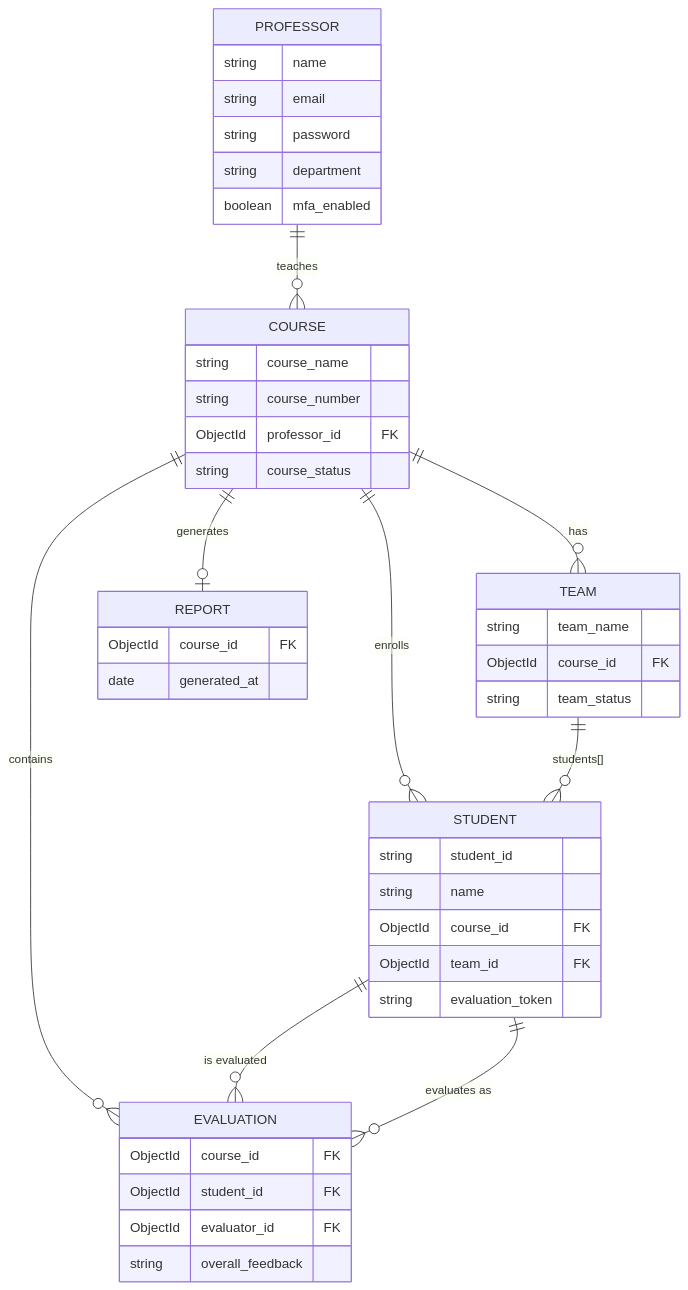
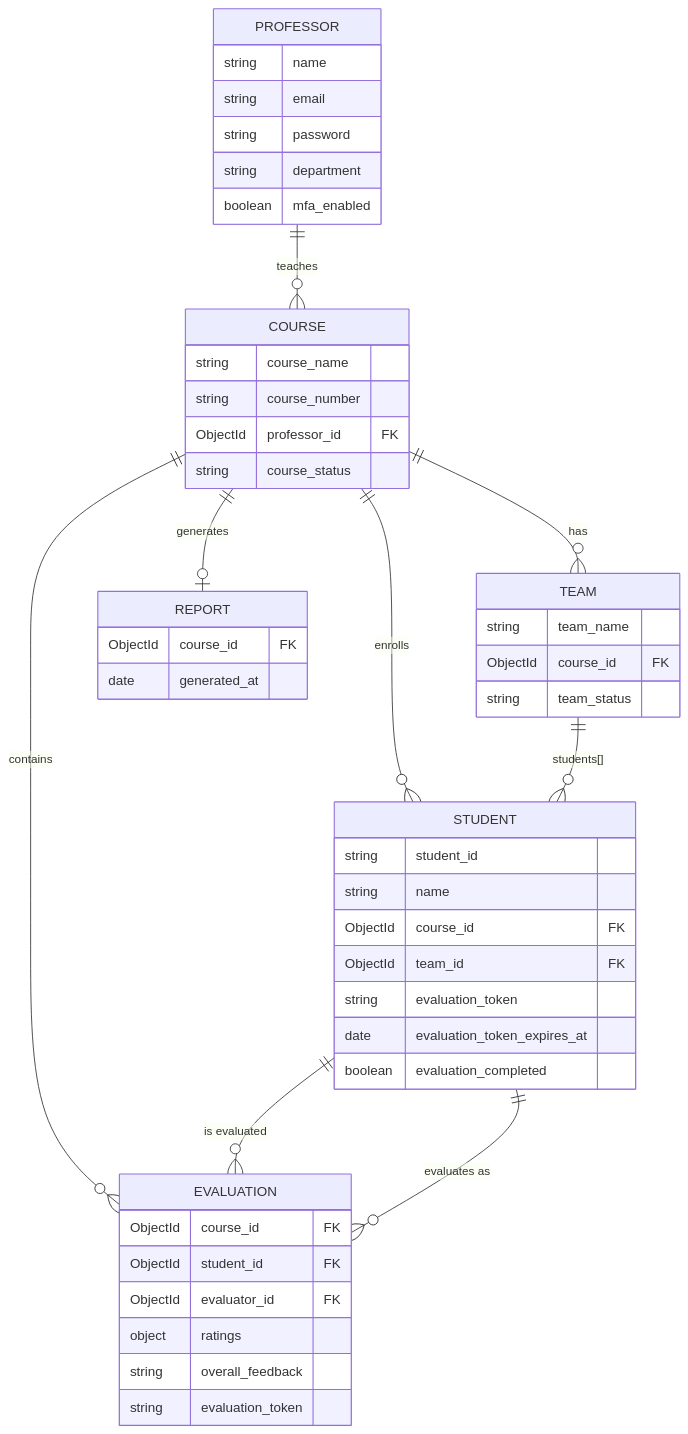
Before and after one commit to IT7993-FALL-2026-PEERS/ProjectPeerEvaluation: the diagram in docs/architecture/database-schema.md, drawn with Mermaid. The commit also changed 2 other files, not shown here.

Commit message:
Refresh the README and the architecture charts
The README still described integration, regression and end-to-end tests
as planned, the security scan as report-only and four CI jobs. Update
the status, the pipeline charts, the status table, the CI section, the
repo tree and the tech stack to what runs today (eight required checks,
ubuntu-24.04, a container check, 131 integration and 16 E2E tests).

Also fix the stale delivery and backend charts and the security-model
rows in system-architecture.md, and add the token expiry and completed
flag to the schema chart. The local E2E command now sets
E2E_START_SERVER=1; without it only the install check runs.

````diff
--- a/docs/architecture/database-schema.md
+++ b/docs/architecture/database-schema.md
@@ -8,47 +8,51 @@
 ```mermaid
 erDiagram
   PROFESSOR ||--o{ COURSE : teaches
   COURSE ||--o{ TEAM : has
   COURSE ||--o{ STUDENT : enrolls
   COURSE ||--o{ EVALUATION : contains
   COURSE ||--o| REPORT : generates
   TEAM ||--o{ STUDENT : "students[]"
   STUDENT ||--o{ EVALUATION : "is evaluated"
   STUDENT ||--o{ EVALUATION : "evaluates as"
 
   PROFESSOR {
     string name
     string email
     string password
     string department
     boolean mfa_enabled
   }
   COURSE {
     string course_name
     string course_number
     ObjectId professor_id FK
     string course_status
   }
   TEAM {
     string team_name
     ObjectId course_id FK
     string team_status
   }
   STUDENT {
     string student_id
     string name
     ObjectId course_id FK
     ObjectId team_id FK
     string evaluation_token
+    date evaluation_token_expires_at
+    boolean evaluation_completed
   }
   EVALUATION {
     ObjectId course_id FK
     ObjectId student_id FK
     ObjectId evaluator_id FK
+    object ratings
     string overall_feedback
+    string evaluation_token
   }
   REPORT {
     ObjectId course_id FK
     date generated_at
   }
 ```
````
